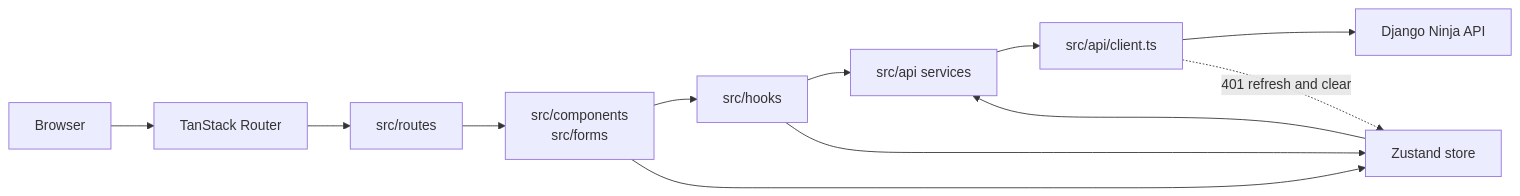
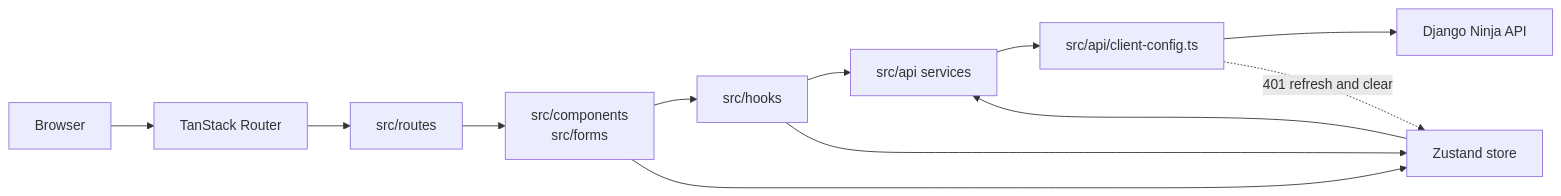
The diagram in docs/architecture.md (mattjaikaran/react-rsbuild-kibo-boilerplate), drawn with Mermaid before and after one commit. The commit also changed other lines of this file and 1 other file, not shown here.

````diff
--- a/docs/architecture.md
+++ b/docs/architecture.md
@@ -17,14 +17,14 @@
 ```mermaid
 flowchart LR
     browser[Browser] --> router[TanStack Router]
     router --> routes[src/routes]
     routes --> composition[src/components<br/>src/forms]
     composition --> hooks[src/hooks]
     hooks --> api[src/api services]
     hooks --> store[Zustand store]
     composition --> store
-    api --> client[src/api/client.ts]
+    api --> client[src/api/client-config.ts]
     client --> backend[Django Ninja API]
     client -. 401 refresh and clear .-> store
     store --> api
 ```
````
